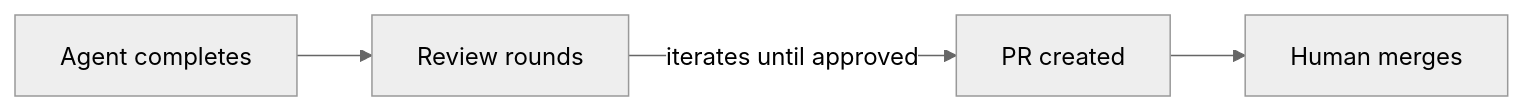
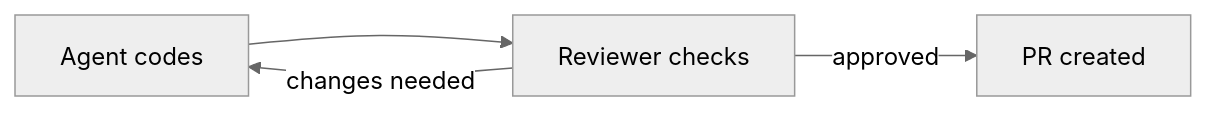
Before and after one commit to issue-orchestrator/issue-orchestrator: the second of 3 diagrams in README.md, drawn with Mermaid (neutral theme). The commit also changed other lines of this file and 1 other file, not shown here.

First line of the commit message:
Reorganize README for 50k foot view, fix meta-agent terminology

````diff
--- a/README.md
+++ b/README.md
@@ -69,6 +24,6 @@
 ```mermaid
 flowchart LR
-  AG[Agent completes] --> REV[Review rounds]
-  REV -->|iterates until approved| PR[PR created]
-  PR --> HUMAN[Human merges]
+  CODE["Agent codes"] --> REVIEW["Reviewer checks"]
+  REVIEW -->|changes needed| CODE
+  REVIEW -->|approved| PR["PR created"]
 ```
````
